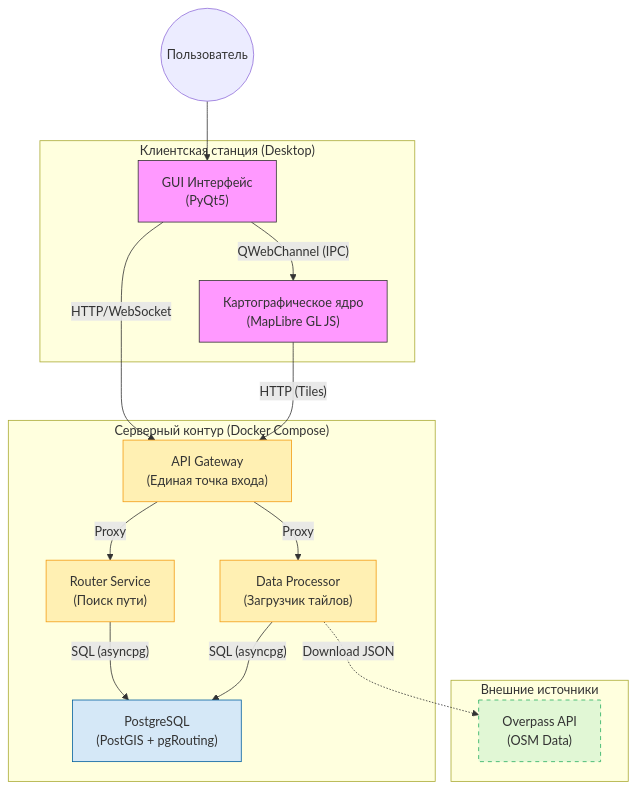
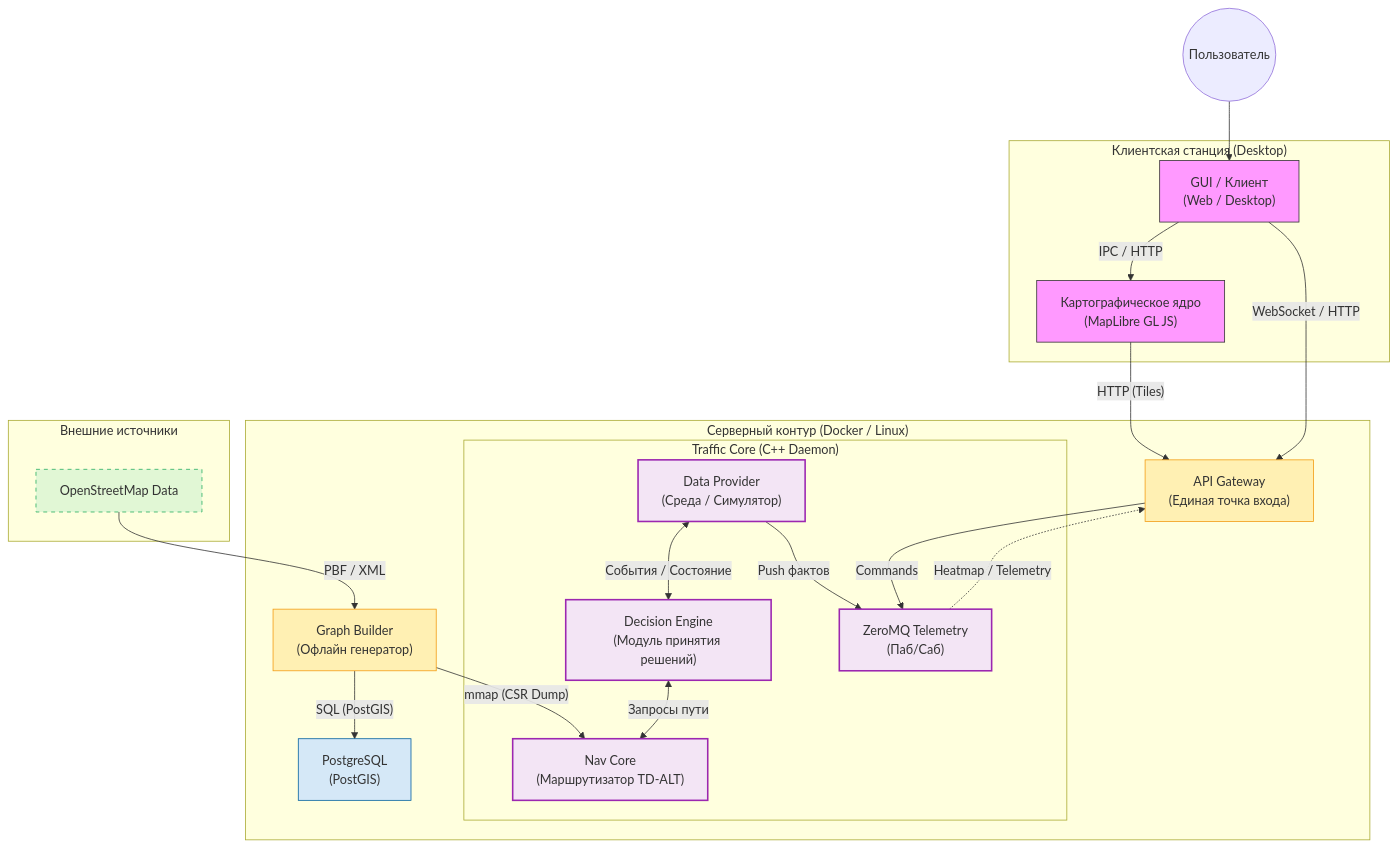
One commit to L1CH7/magistracy-diplom-iu12-docs changed the diagram in assets/diagrams/01-system-arch.mmd. Above: the diagram before and after it, drawn with Mermaid. The commit also changed 12 other files, not shown here.

```diff
--- a/assets/diagrams/01-system-arch.mmd
+++ b/assets/diagrams/01-system-arch.mmd
@@ -1,40 +1,52 @@
 flowchart TD
     %% --- Стили ---
-    classDef client fill:#f9f,stroke:#333;
-    classDef backend fill:#fff0b3,stroke:#f39c12;
-    classDef db fill:#d5e8f7,stroke:#005f9e;
+    classDef client fill:#f9f,stroke:#333,stroke-width:1px;
+    classDef backend fill:#fff0b3,stroke:#f39c12,stroke-width:1px;
+    classDef core fill:#f3e5f5,stroke:#9c27b0,stroke-width:2px;
+    classDef db fill:#d5e8f7,stroke:#005f9e,stroke-width:1px;
     classDef ext fill:#e1f7d5,stroke:#27ae60,stroke-dasharray: 5 5;
 
     User((Пользователь))
 
     subgraph ClientHost ["Клиентская станция (Desktop)"]
-        UI["GUI Интерфейс<br/>(PyQt5)"]:::client
+        UI["GUI / Клиент<br/>(Web / Desktop)"]:::client
         MapLibre["Картографическое ядро<br/>(MapLibre GL JS)"]:::client
     end
 
-    subgraph Docker ["Серверный контур (Docker Compose)"]
+    subgraph Server ["Серверный контур (Docker / Linux)"]
         Gateway["API Gateway<br/>(Единая точка входа)"]:::backend
-        Router["Router Service<br/>(Поиск пути)"]:::backend
-        DP["Data Processor<br/>(Загрузчик тайлов)"]:::backend
         
-        DB["PostgreSQL<br/>(PostGIS + pgRouting)"]:::db
+        subgraph TrafficCore ["Traffic Core (C++ Daemon)"]
+            DP["Data Provider<br/>(Среда / Симулятор)"]:::core
+            MPR["Decision Engine<br/>(Модуль принятия решений)"]:::core
+            Router["Nav Core<br/>(Маршрутизатор TD-ALT)"]:::core
+            ZMQ["ZeroMQ Telemetry<br/>(Паб/Саб)"]:::core
+        end
+        
+        DB["PostgreSQL<br/>(PostGIS)"]:::db
+        Builder["Graph Builder<br/>(Офлайн генератор)"]:::backend
     end
 
     subgraph External ["Внешние источники"]
-        Overpass["Overpass API<br/>(OSM Data)"]:::ext
+        OSM["OpenStreetMap Data"]:::ext
     end
 
-    %% Связи
+    %% Связи пользователя и UI
     User --> UI
-    UI -->|"QWebChannel (IPC)"| MapLibre
-    
-    UI -->|"HTTP/WebSocket"| Gateway
+    UI -->|"IPC / HTTP"| MapLibre
+    UI -->|"WebSocket / HTTP"| Gateway
     MapLibre -->|"HTTP (Tiles)"| Gateway
 
-    Gateway -->|"Proxy"| Router
-    Gateway -->|"Proxy"| DP
+    %% Взаимодействие с бэкендом
+    Gateway -->|"Commands"| ZMQ
+    ZMQ -.->|"Heatmap / Telemetry"| Gateway
+    
+    %% Офлайн контур
+    OSM -->|"PBF / XML"| Builder
+    Builder -->|"SQL (PostGIS)"| DB
+    Builder -->|"mmap (CSR Dump)"| Router
 
-    Router -->|"SQL (asyncpg)"| DB
-    DP -->|"SQL (asyncpg)"| DB
-    
-    DP -.->|"Download JSON"| Overpass
+    %% Внутренний контур Traffic Core
+    DP <-->|События / Состояние| MPR
+    MPR <-->|Запросы пути| Router
+    DP -->|Push фактов| ZMQ
```
